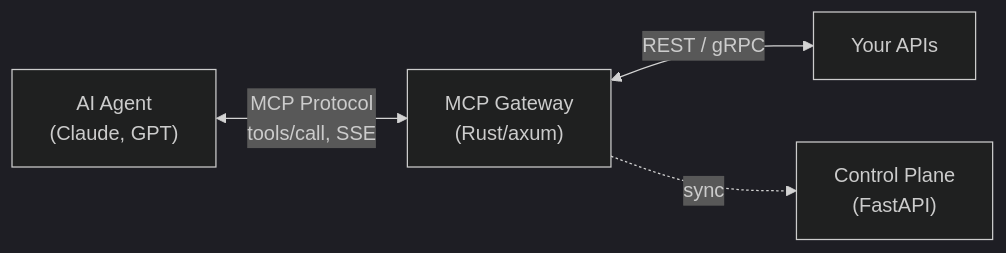
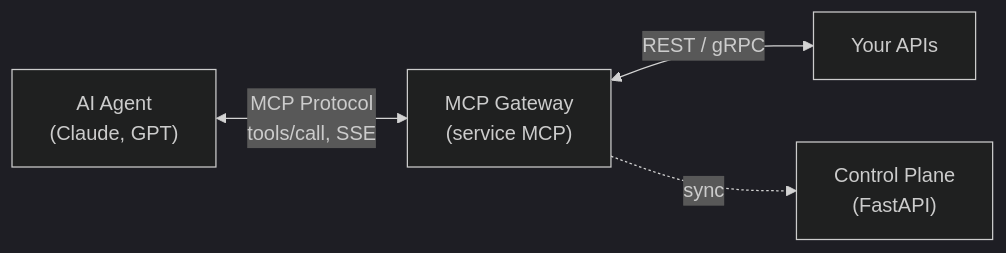
The first of 2 diagrams in docs/concepts/mcp-gateway.md (stoa-platform/stoa-docs), drawn with Mermaid (dark theme) before and after one commit. The commit also changed other lines of this file and 110 other files, not shown here.

````diff
--- a/docs/concepts/mcp-gateway.md
+++ b/docs/concepts/mcp-gateway.md
@@ -16,6 +16,6 @@
 ```mermaid
 flowchart LR
-    AI["AI Agent<br/>(Claude, GPT)"] <-->|"MCP Protocol<br/>tools/call, SSE"| GW["MCP Gateway<br/>(Rust/axum)"]
+    AI["AI Agent<br/>(Claude, GPT)"] <-->|"MCP Protocol<br/>tools/call, SSE"| GW["MCP Gateway<br/>(service MCP)"]
     GW <-->|"REST / gRPC"| APIs["Your APIs"]
     GW -.->|"sync"| CP["Control Plane<br/>(FastAPI)"]
 ```
````
